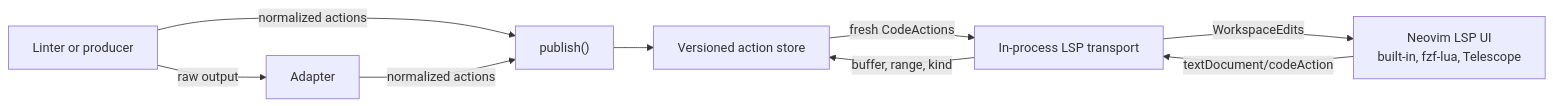
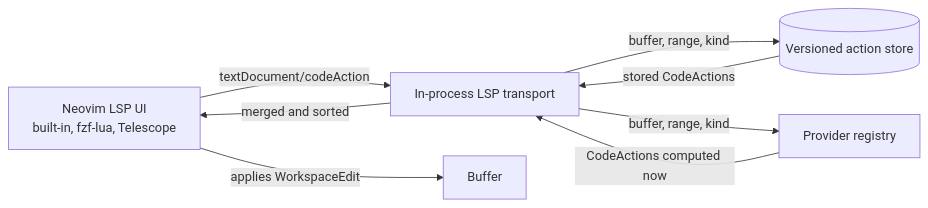
Before and after one commit to geodimm/lint-actions.nvim: the second of 2 diagrams in ARCHITECTURE.md, drawn with Mermaid. The commit also changed other lines of this file and 17 other files, not shown here.

````diff
--- a/ARCHITECTURE.md
+++ b/ARCHITECTURE.md
@@ -7,11 +83,10 @@
 ```mermaid
 flowchart LR
-    A["Linter or producer"] -->|raw output| B["Adapter"]
-    A -->|normalized actions| C["publish()"]
-    B -->|normalized actions| C
-    C --> D["Versioned action store"]
-    E["Neovim LSP UI<br/>built-in, fzf-lua, Telescope"] -->|textDocument/codeAction| F["In-process LSP transport"]
-    F -->|buffer, range, kind| D
-    D -->|fresh CodeActions| F
-    F -->|WorkspaceEdits| E
+    UI["Neovim LSP UI<br/>built-in, fzf-lua, Telescope"] -->|textDocument/codeAction| T["In-process LSP transport"]
+    T -->|buffer, range, kind| ST[("Versioned action store")]
+    T -->|buffer, range, kind| PR["Provider registry"]
+    ST -->|stored CodeActions| T
+    PR -->|CodeActions computed now| T
+    T -->|merged and sorted| UI
+    UI -->|applies WorkspaceEdit| B["Buffer"]
 ```
````
